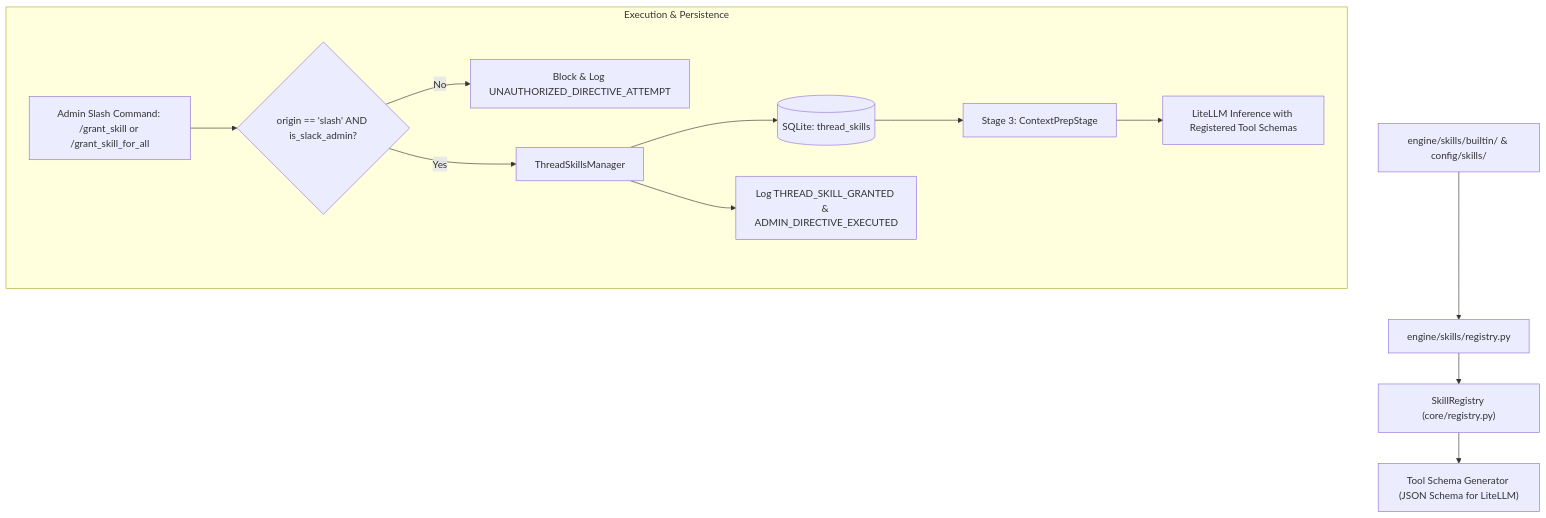
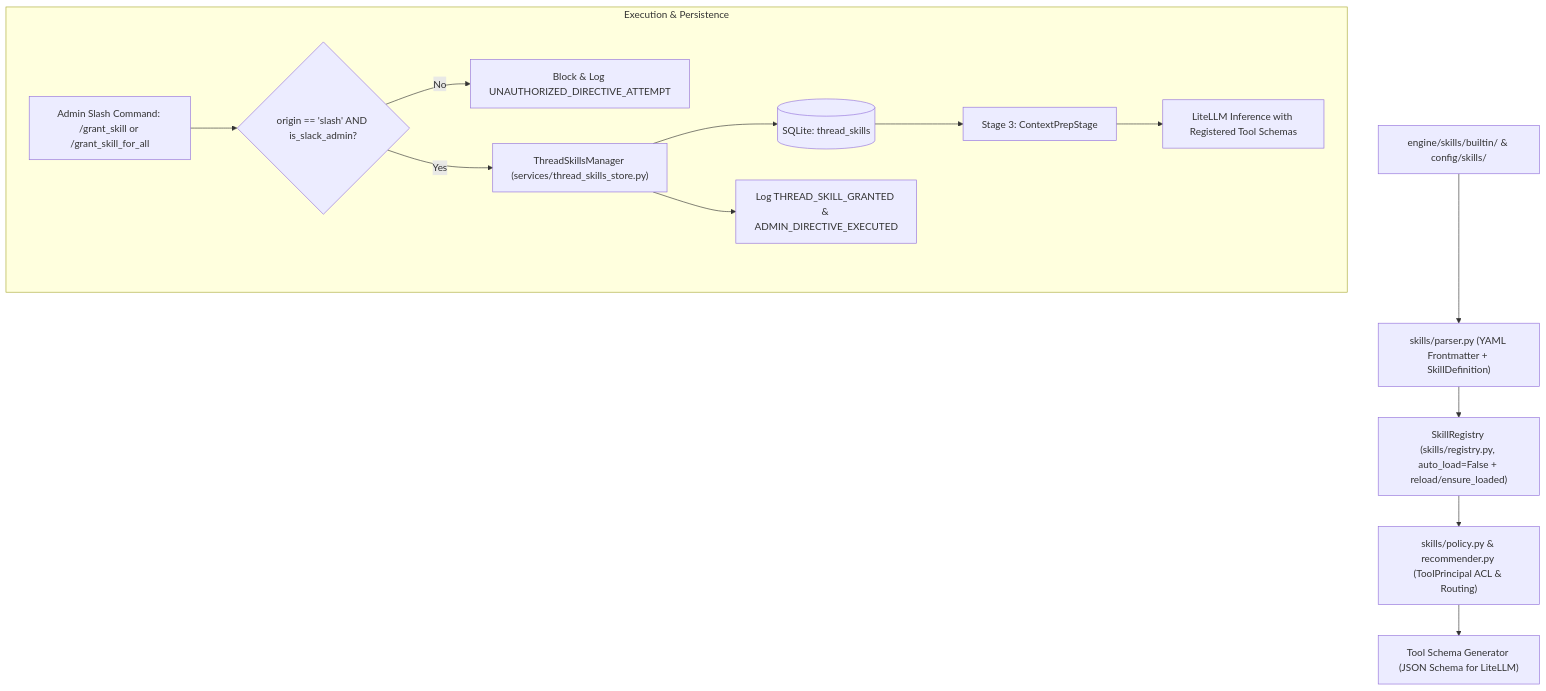
The first of 2 diagrams in docs/agents-and-skills/skills-framework.md (BranMik/Izvor), drawn with Mermaid before and after one commit. The commit also changed other lines of this file and 26 other files, not shown here.

First line of the commit message:
docs(architecture): synchronize docs, diagrams, env template, and hygiene tests with P2 refactor

````diff
--- a/docs/agents-and-skills/skills-framework.md
+++ b/docs/agents-and-skills/skills-framework.md
@@ -16,16 +16,17 @@
 ```mermaid
 graph TD
-    Directory["engine/skills/builtin/ & config/skills/"] --> Loader["engine/skills/registry.py"]
-    Loader --> Registry["SkillRegistry (core/registry.py)"]
-    Registry --> SchemaGen["Tool Schema Generator (JSON Schema for LiteLLM)"]
+    Directory["engine/skills/builtin/ & config/skills/"] --> Parser["skills/parser.py (YAML Frontmatter + SkillDefinition)"]
+    Parser --> Registry["SkillRegistry (skills/registry.py, auto_load=False + reload/ensure_loaded)"]
+    Registry --> Policy["skills/policy.py & recommender.py (ToolPrincipal ACL & Routing)"]
+    Policy --> SchemaGen["Tool Schema Generator (JSON Schema for LiteLLM)"]
     
     subgraph Execution & Persistence
         UserDirective["Admin Slash Command: /grant_skill or /grant_skill_for_all"] --> OriginGuard{"origin == 'slash' AND is_slack_admin?"}
         OriginGuard -->|No| BlockPriv["Block & Log UNAUTHORIZED_DIRECTIVE_ATTEMPT"]
-        OriginGuard -->|Yes| Manager["ThreadSkillsManager"]
+        OriginGuard -->|Yes| Manager["ThreadSkillsManager (services/thread_skills_store.py)"]
         Manager --> SQLiteTable[("SQLite: thread_skills")]
         Manager --> AuditLog["Log THREAD_SKILL_GRANTED & ADMIN_DIRECTIVE_EXECUTED"]
         SQLiteTable --> ContextPrep["Stage 3: ContextPrepStage"]
         ContextPrep --> LLM["LiteLLM Inference with Registered Tool Schemas"]
     end
 ```
````
